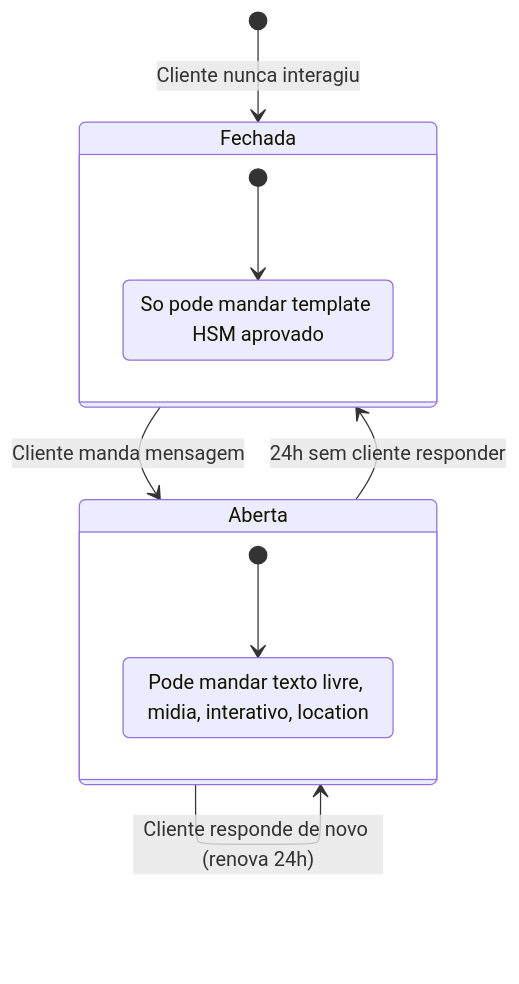
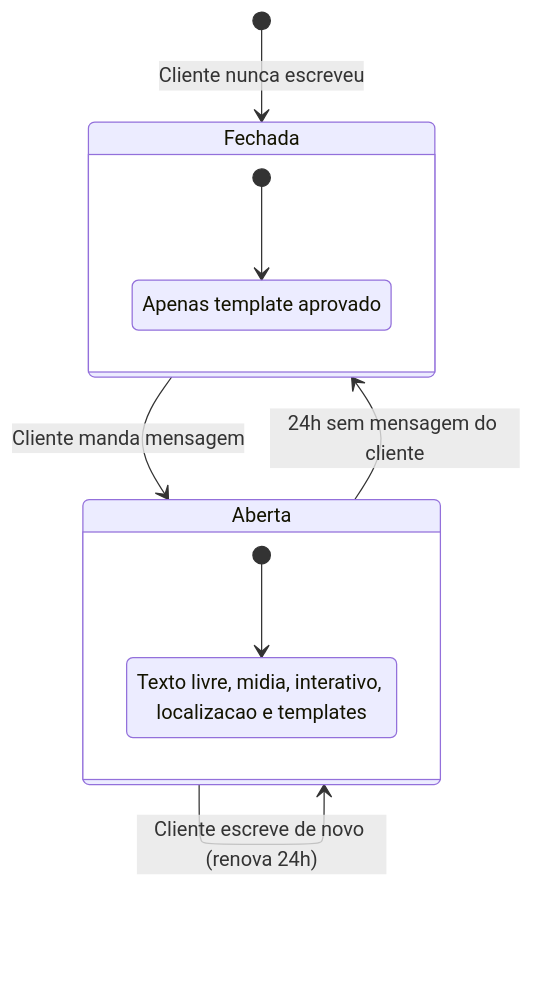
One commit to ararahq/docs changed the diagram in concepts/24h-window.mdx. Above: the diagram before and after it, drawn with Mermaid. The commit also changed other lines of this file and 10 other files, not shown here.

````diff
--- a/concepts/24h-window.mdx
+++ b/concepts/24h-window.mdx
@@ -11,17 +11,17 @@
 ```mermaid
 stateDiagram-v2
-    [*] --> Fechada: Cliente nunca interagiu
+    [*] --> Fechada: Cliente nunca escreveu
     Fechada --> Aberta: Cliente manda mensagem
-    Aberta --> Aberta: Cliente responde de novo (renova 24h)
-    Aberta --> Fechada: 24h sem cliente responder
+    Aberta --> Aberta: Cliente escreve de novo (renova 24h)
+    Aberta --> Fechada: 24h sem mensagem do cliente
 
     state Aberta {
         [*] --> Livre
-        Livre: Pode mandar texto livre, midia, interativo, location
+        Livre: Texto livre, midia, interativo, localizacao e templates
     }
 
     state Fechada {
         [*] --> SoTemplate
-        SoTemplate: So pode mandar template HSM aprovado
+        SoTemplate: Apenas template aprovado
     }
 ```
````
